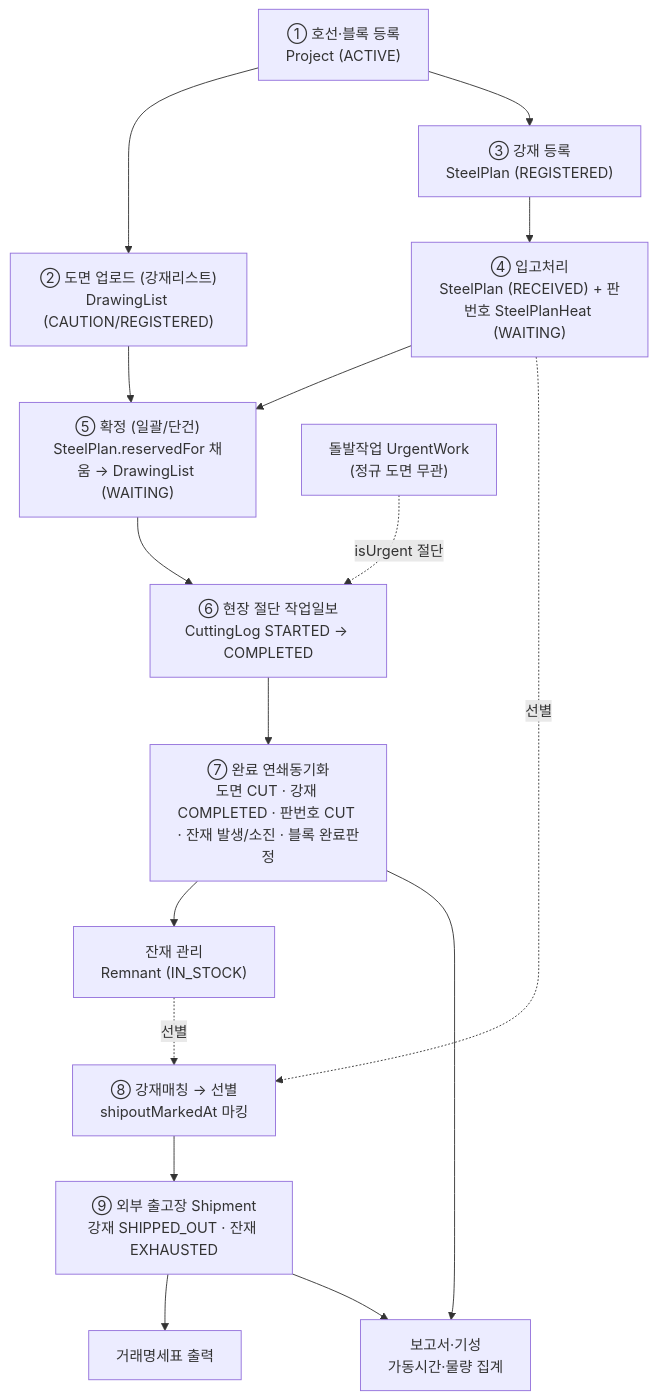
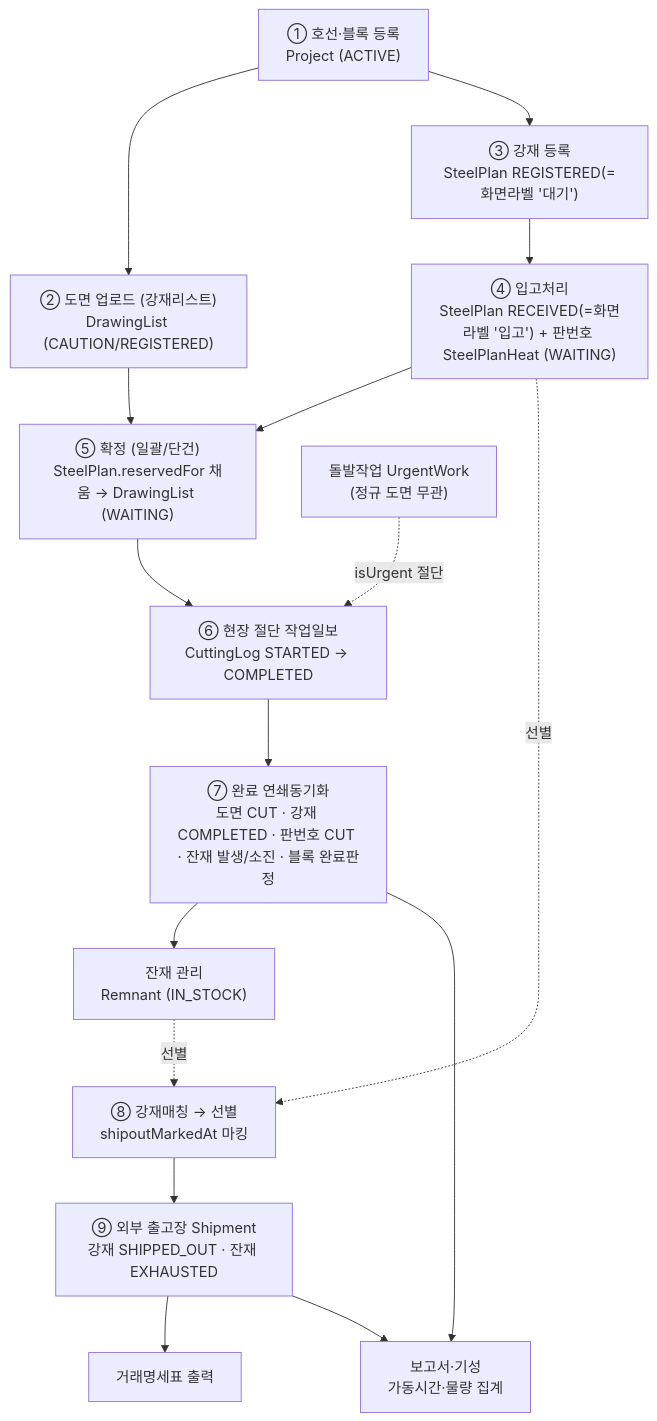
Before and after one commit to banlan21-maker/erp: the first of 10 diagrams in docs/절단파트_공정흐름.md, drawn with Mermaid. The commit also changed other lines of this file, not shown here.

````diff
--- a/docs/절단파트_공정흐름.md
+++ b/docs/절단파트_공정흐름.md
@@ -14,28 +14,28 @@
 ```mermaid
 flowchart TD
     P["① 호선·블록 등록<br/>Project (ACTIVE)"]
     D["② 도면 업로드 (강재리스트)<br/>DrawingList (CAUTION/REGISTERED)"]
-    S["③ 강재 등록<br/>SteelPlan (REGISTERED)"]
-    R["④ 입고처리<br/>SteelPlan (RECEIVED) + 판번호 SteelPlanHeat (WAITING)"]
+    S["③ 강재 등록<br/>SteelPlan REGISTERED(=화면라벨 '대기')"]
+    R["④ 입고처리<br/>SteelPlan RECEIVED(=화면라벨 '입고') + 판번호 SteelPlanHeat (WAITING)"]
     C["⑤ 확정 (일괄/단건)<br/>SteelPlan.reservedFor 채움 → DrawingList (WAITING)"]
     CUT["⑥ 현장 절단 작업일보<br/>CuttingLog STARTED → COMPLETED"]
     DONE["⑦ 완료 연쇄동기화<br/>도면 CUT · 강재 COMPLETED · 판번호 CUT · 잔재 발생/소진 · 블록 완료판정"]
     REM["잔재 관리<br/>Remnant (IN_STOCK)"]
     MATCH["⑧ 강재매칭 → 선별<br/>shipoutMarkedAt 마킹"]
     SHIP["⑨ 외부 출고장 Shipment<br/>강재 SHIPPED_OUT · 잔재 EXHAUSTED"]
     INV["거래명세표 출력"]
     REP["보고서·기성<br/>가동시간·물량 집계"]
     URG["돌발작업 UrgentWork<br/>(정규 도면 무관)"]
 
     P --> D
     P --> S --> R
     D --> C
     R --> C
     C --> CUT --> DONE --> REM
     R -. 선별 .-> MATCH
     REM -. 선별 .-> MATCH
     MATCH --> SHIP --> INV
     DONE --> REP
     SHIP --> REP
     URG -. isUrgent 절단 .-> CUT
 ```
````
